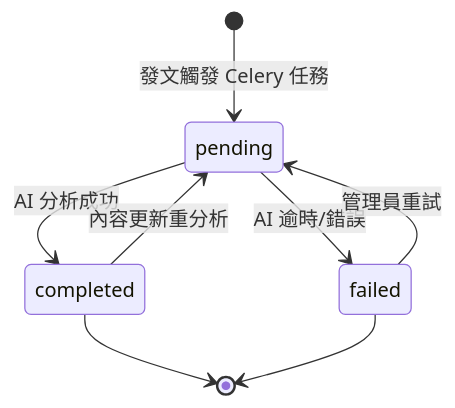
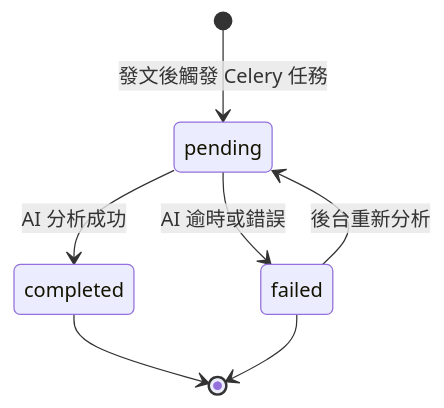
The fourth of 6 diagrams in docs/report_diagrams.md (11146076/djangotutorial), drawn with Mermaid before and after one commit. The commit also changed other lines of this file, not shown here.

Commit message:
修正報告圖表：ERD、部署圖與狀態圖對齊實際程式與環境說明。

````diff
--- a/docs/report_diagrams.md
+++ b/docs/report_diagrams.md
@@ -177,10 +199,9 @@
 ```mermaid
 stateDiagram-v2
-    [*] --> pending: 發文觸發 Celery 任務
+    [*] --> pending: 發文後觸發 Celery 任務
     pending --> completed: AI 分析成功
-    pending --> failed: AI 逾時/錯誤
-    failed --> pending: 管理員重試
-    completed --> pending: 內容更新重分析
+    pending --> failed: AI 逾時或錯誤
+    failed --> pending: 後台重新分析
     completed --> [*]
     failed --> [*]
 ```
````
